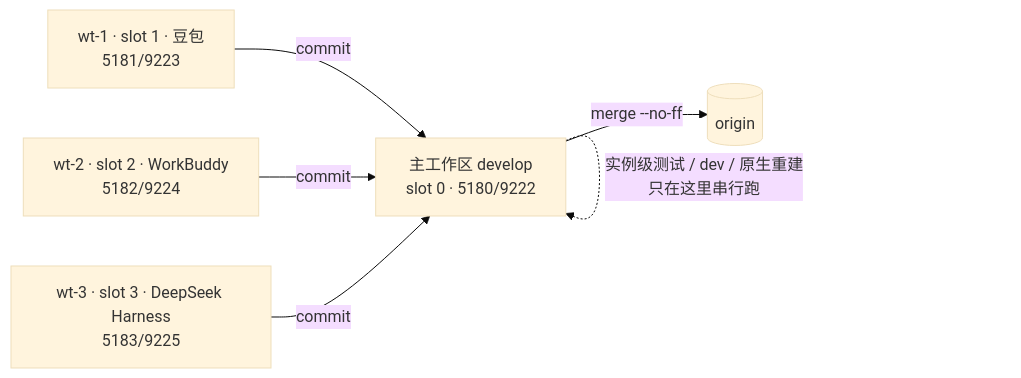
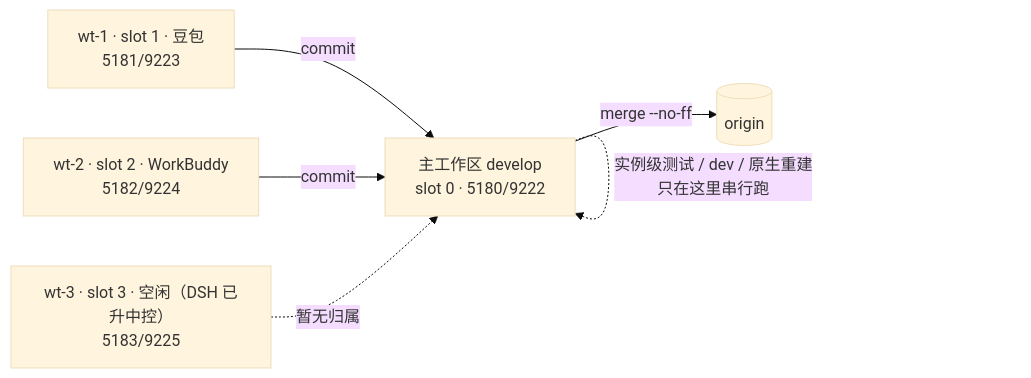
Before and after one commit to byfbaish/AI-Novel-Writer: the diagram in docs/agents/worktree-parallel.md, drawn with Mermaid (base theme). The commit also changed other lines of this file and 2 other files, not shown here.

First line of the commit message:
docs(channels): DSH 通道退役（升为中控）+ wt-3 槽位置空闲

````diff
--- a/docs/agents/worktree-parallel.md
+++ b/docs/agents/worktree-parallel.md
@@ -38,8 +38,8 @@
 ```mermaid
 flowchart LR
   M[主工作区 develop<br/>slot 0 · 5180/9222] -->|merge --no-ff| R[(origin)]
   A1[wt-1 · slot 1 · 豆包<br/>5181/9223] -->|commit| M
   A2[wt-2 · slot 2 · WorkBuddy<br/>5182/9224] -->|commit| M
-  A3[wt-3 · slot 3 · DeepSeek Harness<br/>5183/9225] -->|commit| M
+  A3[wt-3 · slot 3 · 空闲（DSH 已升中控）<br/>5183/9225] -.->|暂无归属| M
   M -.->|实例级测试 / dev / 原生重建<br/>只在这里串行跑| M
 ```
````
